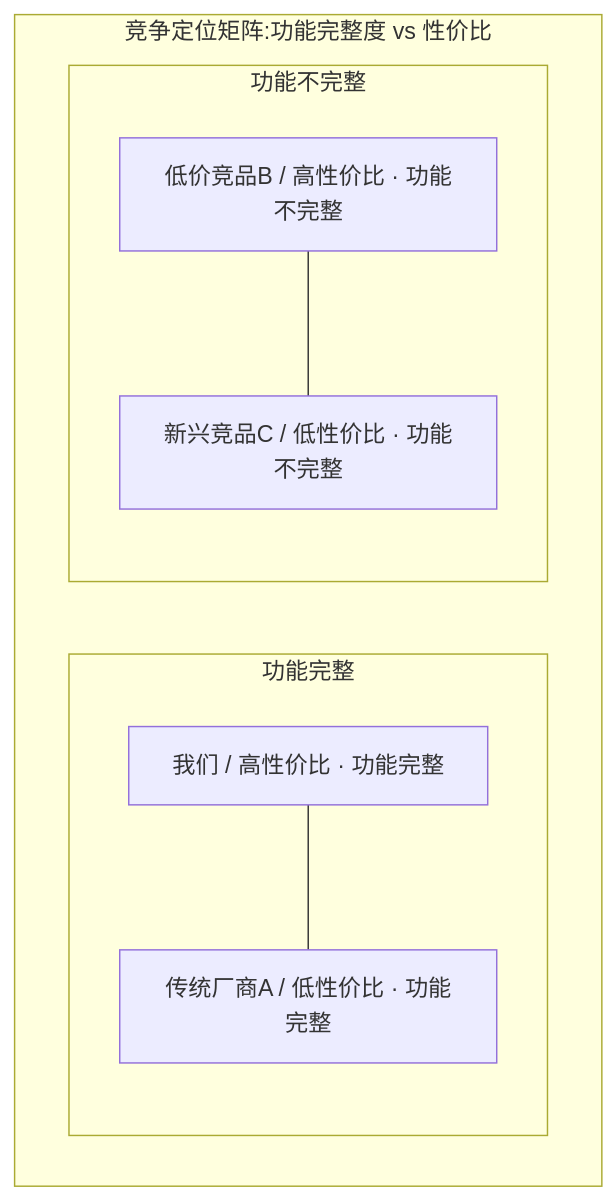
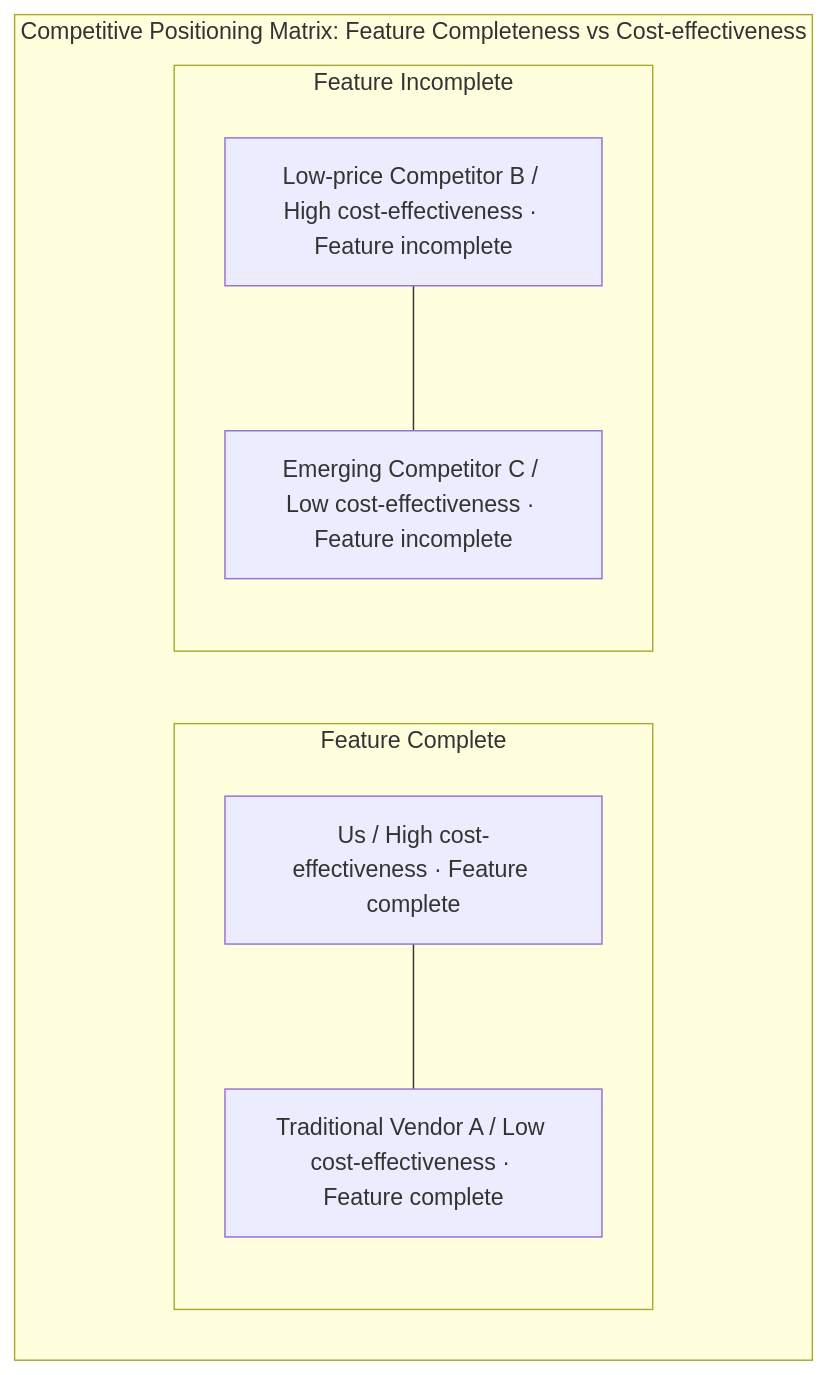
Before and after one commit to Kirky-X/cangjie: the sixth of 10 diagrams in templates/【模板】商业计划书.md, drawn with Mermaid. The commit also changed other lines of this file and 12 other files, not shown here.

````diff
--- a/templates/【模板】商业计划书.md
+++ b/templates/【模板】商业计划书.md
@@ -203,15 +203,15 @@
 ```mermaid
 graph TB
-    subgraph matrix[竞争定位矩阵:功能完整度 vs 性价比]
-        subgraph complete[功能完整]
-            WE[我们 / 高性价比 · 功能完整]
-            TA[传统厂商A / 低性价比 · 功能完整]
+    subgraph matrix[Competitive Positioning Matrix: Feature Completeness vs Cost-effectiveness]
+        subgraph complete[Feature Complete]
+            WE[Us / High cost-effectiveness · Feature complete]
+            TA[Traditional Vendor A / Low cost-effectiveness · Feature complete]
         end
-        subgraph incomplete[功能不完整]
-            LB[低价竞品B / 高性价比 · 功能不完整]
-            NC[新兴竞品C / 低性价比 · 功能不完整]
+        subgraph incomplete[Feature Incomplete]
+            LB[Low-price Competitor B / High cost-effectiveness · Feature incomplete]
+            NC[Emerging Competitor C / Low cost-effectiveness · Feature incomplete]
         end
         WE --- TA
         LB --- NC
     end
 ```
````
